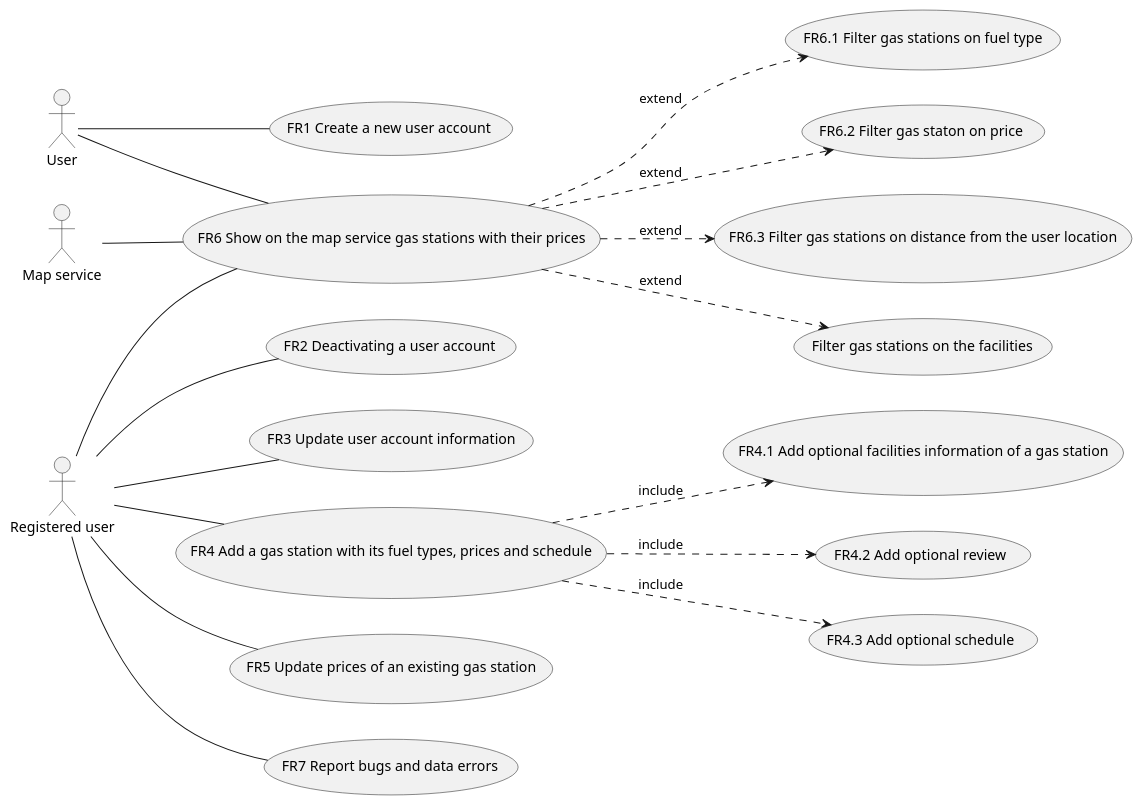
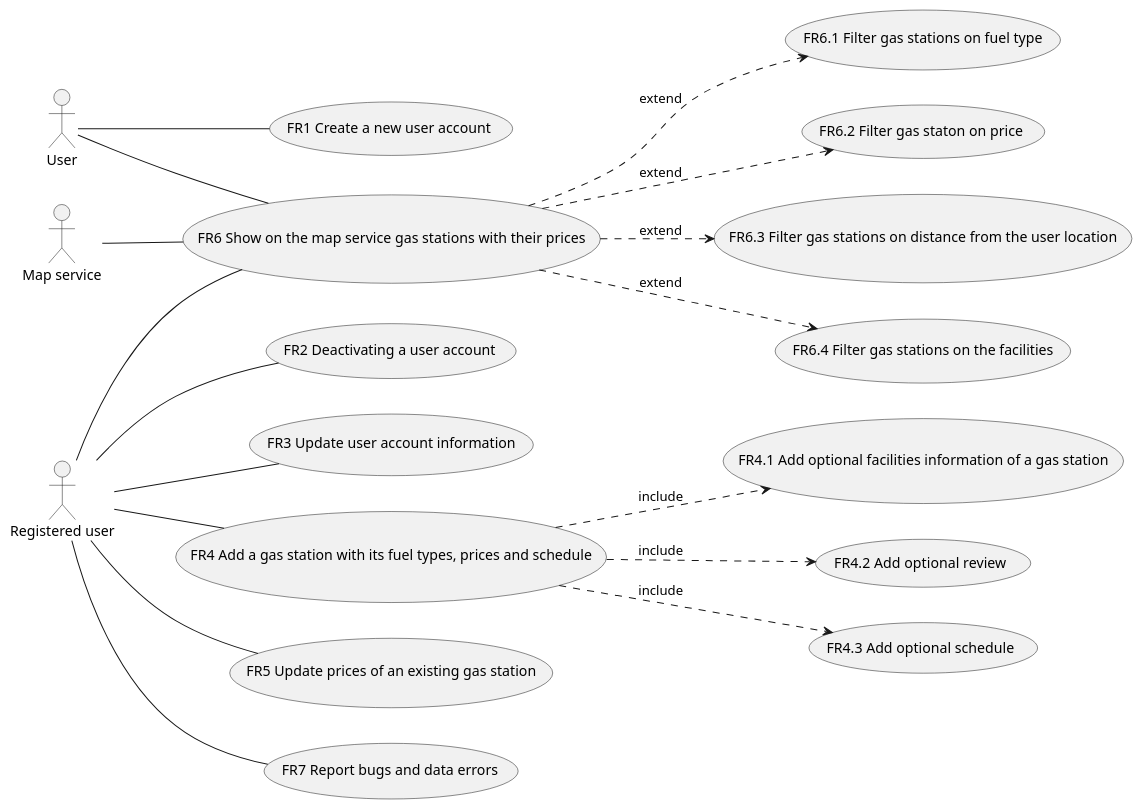
One commit to giovannitangredi/SEIProject changed the second of 5 diagrams in docs/RequirementsDocument.md. Above: the diagram before and after it, drawn with PlantUML.

Commit message:
docs: use case diagram fix on  RequirementsDocument

````diff
--- a/docs/RequirementsDocument.md
+++ b/docs/RequirementsDocument.md
@@ -120,43 +120,43 @@
 ```plantuml
 @startuml
 
 left to right direction
 
 actor User as u
 actor "Registered user" as ru
 actor "Map service" as m
 
 usecase "FR1 Create a new user account" as FR1
 usecase "FR2 Deactivating a user account" as FR2
 usecase "FR3 Update user account information" as FR3
 usecase "FR4 Add a gas station with its fuel types, prices and schedule" as FR4
 usecase "FR4.1 Add optional facilities information of a gas station" as FR4.1
 usecase "FR4.2 Add optional review" as FR4.2
 usecase "FR4.3 Add optional schedule" as FR4.3
 usecase "FR5 Update prices of an existing gas station" as FR5
 usecase "FR6 Show on the map service gas stations with their prices" as FR6
 usecase "FR6.1 Filter gas stations on fuel type" as FR6.1
 usecase "FR6.2 Filter gas staton on price" as FR6.2
 usecase "FR6.3 Filter gas stations on distance from the user location" as FR6.3 
-usecase "Filter gas stations on the facilities" as FR6.4
+usecase "FR6.4 Filter gas stations on the facilities" as FR6.4
 usecase "FR7 Report bugs and data errors" as FR7
 
 u -- FR1 
 ru -- FR2
 ru -- FR3
 ru -- FR4 
 FR4 ..> FR4.1 : include
 FR4 ..> FR4.2 : include
 FR4 ..> FR4.3 : include
 ru -- FR5
 u -- FR6 
 ru -- FR6
 m -- FR6 
 FR6 ..> FR6.1 : extend
 FR6 ..> FR6.2 : extend
 FR6 ..> FR6.3 : extend
 FR6 ..> FR6.4 : extend
 ru -- FR7
 
 @enduml
 ```
````
